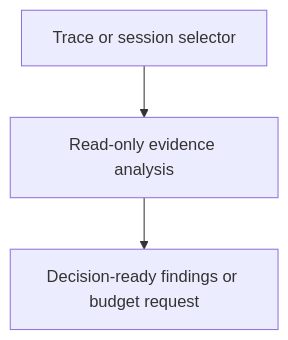
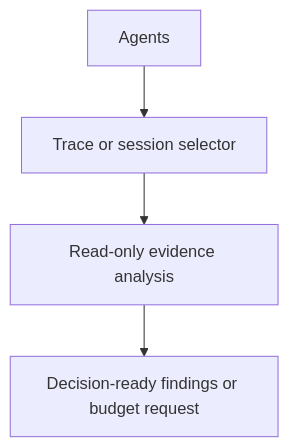
The diagram in agents/execution-advisor/as-is.md (abstract-business-systems/as-is), drawn with Mermaid before and after one commit. The commit also changed other lines of this file and 16 other files, not shown here.

````diff
--- a/agents/execution-advisor/as-is.md
+++ b/agents/execution-advisor/as-is.md
@@ -16,5 +16,8 @@
 ```mermaid
 flowchart TD
-    A["Trace or session selector"] --> B["Read-only evidence analysis"]
+    Parent["Agents"] --> A["Trace or session selector"]
+    A --> B["Read-only evidence analysis"]
     B --> C["Decision-ready findings or budget request"]
+
+    click Parent href "../as-is.md#design" "Open Agents design"
 ```
````
